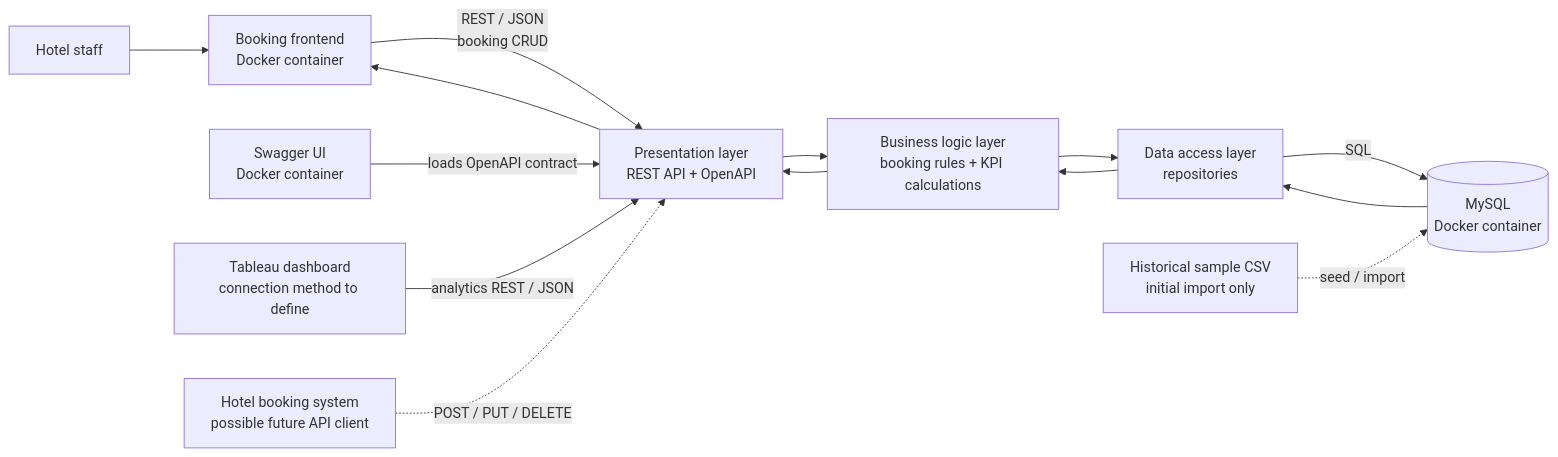
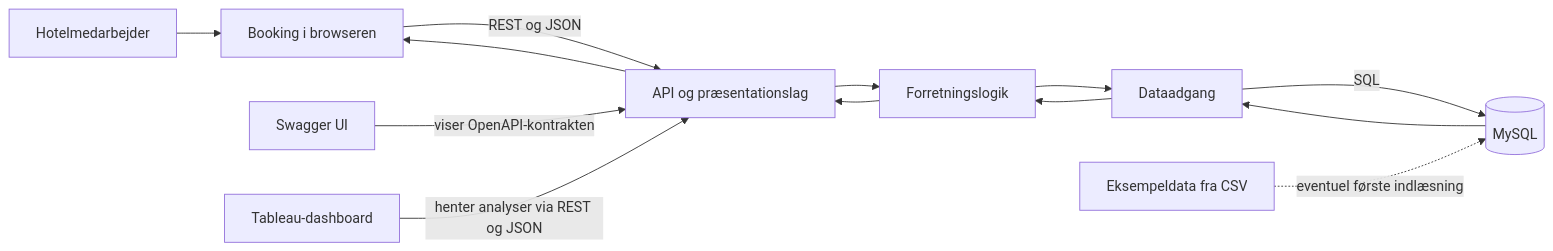
Before and after one commit to gume0002/TvaerfagligtNo1: the diagram in README.md, drawn with Mermaid. The commit also changed other lines of this file and 7 other files, not shown here.

````diff
--- a/README.md
+++ b/README.md
@@ -11,19 +11,15 @@
 ```mermaid
 flowchart LR
-  Staff[Hotel staff] --> Browser[Booking frontend<br/>Docker container]
-  Browser -->|REST / JSON<br/>booking CRUD| API[Presentation layer<br/>REST API + OpenAPI]
-
-  API --> Logic[Business logic layer<br/>booking rules + KPI calculations]
-  Logic --> Data[Data access layer<br/>repositories]
-  Data -->|SQL| DB[(MySQL<br/>Docker container)]
+  Medarbejder[Hotelmedarbejder] --> Browser[Booking i browseren]
+  Browser -->|REST og JSON| API[API og præsentationslag]
+  API --> Logik[Forretningslogik]
+  Logik --> Data[Dataadgang]
+  Data -->|SQL| DB[(MySQL)]
   DB --> Data
-  Data --> Logic
-  Logic --> API
+  Data --> Logik
+  Logik --> API
   API --> Browser
-
-  Swagger[Swagger UI<br/>Docker container] -->|loads OpenAPI contract| API
-  Tableau[Tableau dashboard<br/>connection method to define] -->|analytics REST / JSON| API
-
-  HotelSystem[Hotel booking system<br/>possible future API client] -.->|POST / PUT / DELETE| API
-  CSV[Historical sample CSV<br/>initial import only] -.->|seed / import| DB
+  Swagger[Swagger UI] -->|viser OpenAPI-kontrakten| API
+  Tableau[Tableau-dashboard] -->|henter analyser via REST og JSON| API
+  CSV[Eksempeldata fra CSV] -.->|eventuel første indlæsning| DB
 ```
````
